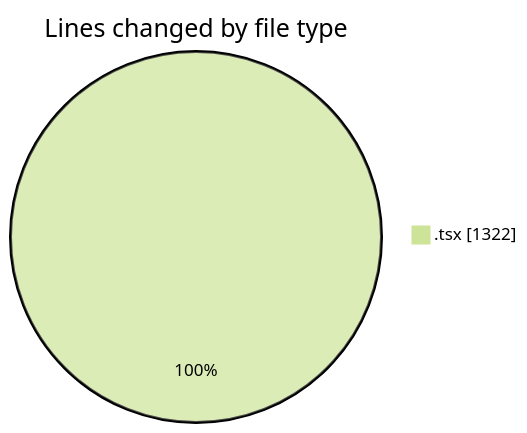
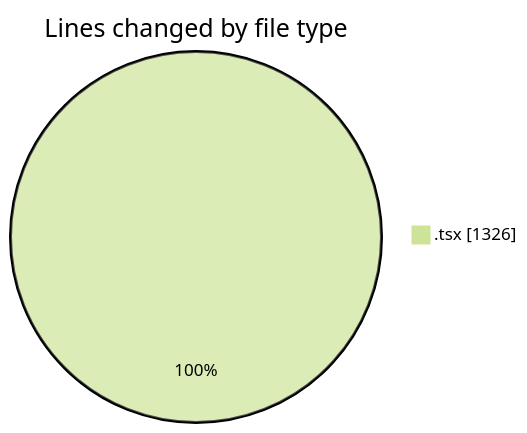
One commit to JenPaints/code-tracking changed the first of 2 diagrams in 2025-05-28/kimberly-groups/README.md. Above: the diagram before and after it, drawn with Mermaid (forest theme). The commit also changed other lines of this file and 1 other file, not shown here.

````diff
--- a/2025-05-28/kimberly-groups/README.md
+++ b/2025-05-28/kimberly-groups/README.md
@@ -27,5 +27,5 @@
 ```mermaid
 pie showData
 title Lines changed by file type
-".tsx" : 1322
+".tsx" : 1326
 ```
````
